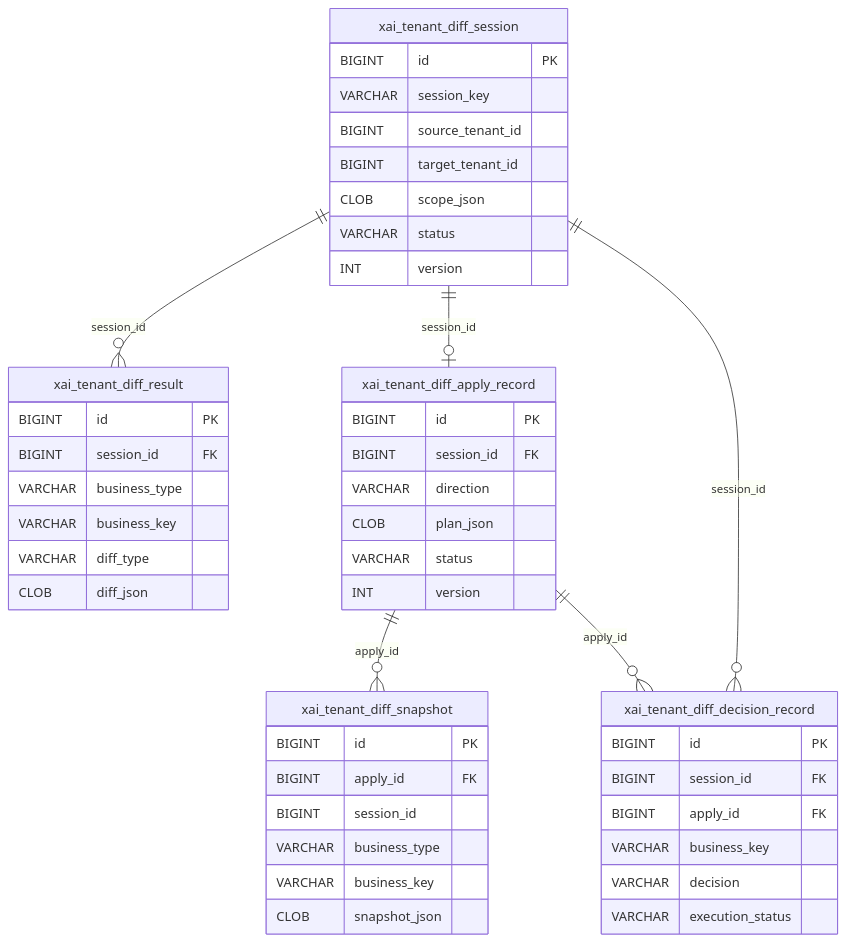
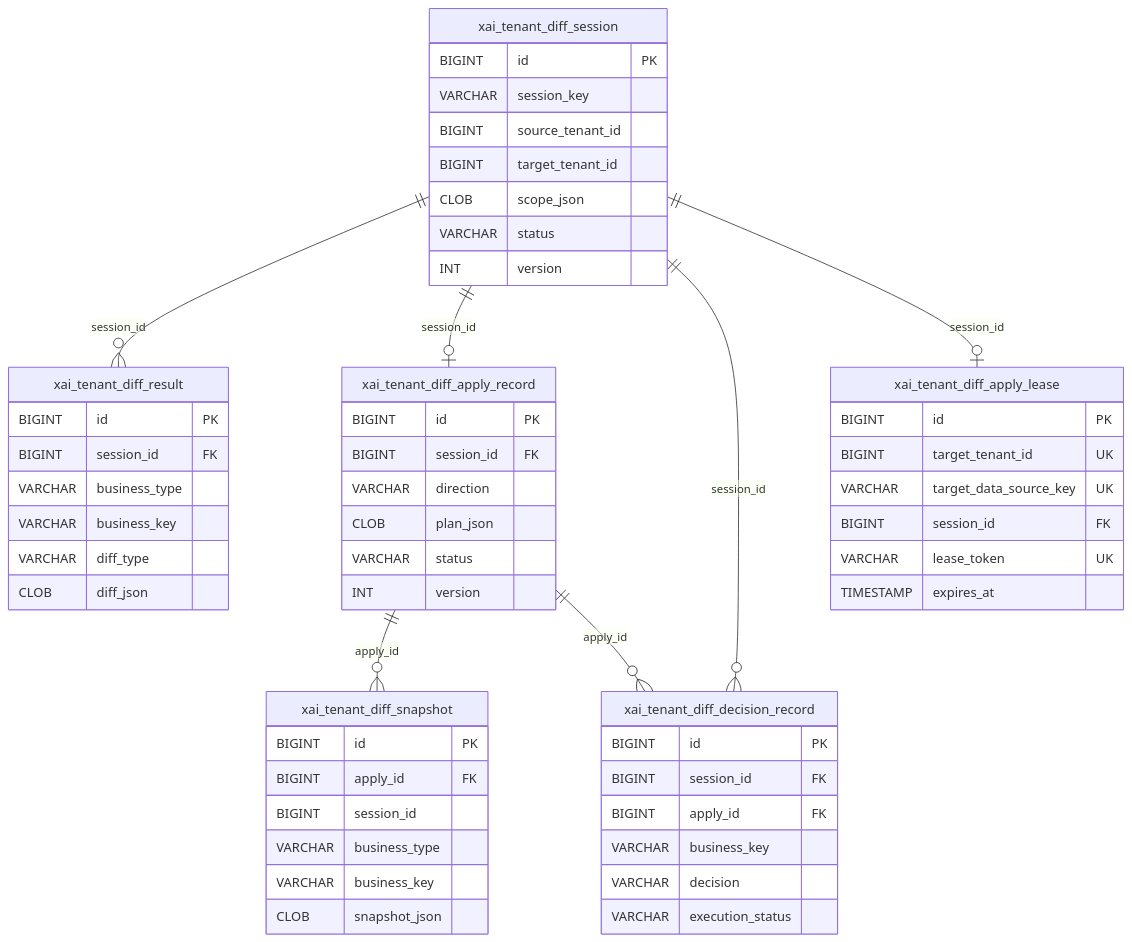
Before and after one commit to shiyongyin/diff: the eighth of 9 diagrams in docs/design-doc.md, drawn with Mermaid. The commit also changed other lines of this file and 5 other files, not shown here.

````diff
--- a/docs/design-doc.md
+++ b/docs/design-doc.md
@@ -1469,50 +1521,59 @@
 ```mermaid
 erDiagram
     xai_tenant_diff_session ||--o{ xai_tenant_diff_result : "session_id"
     xai_tenant_diff_session ||--o| xai_tenant_diff_apply_record : "session_id"
     xai_tenant_diff_session ||--o{ xai_tenant_diff_decision_record : "session_id"
     xai_tenant_diff_apply_record ||--o{ xai_tenant_diff_snapshot : "apply_id"
     xai_tenant_diff_apply_record ||--o{ xai_tenant_diff_decision_record : "apply_id"
+    xai_tenant_diff_session ||--o| xai_tenant_diff_apply_lease : "session_id"
 
     xai_tenant_diff_session {
         BIGINT id PK
         VARCHAR session_key
         BIGINT source_tenant_id
         BIGINT target_tenant_id
         CLOB scope_json
         VARCHAR status
         INT version
     }
     xai_tenant_diff_result {
         BIGINT id PK
         BIGINT session_id FK
         VARCHAR business_type
         VARCHAR business_key
         VARCHAR diff_type
         CLOB diff_json
     }
     xai_tenant_diff_apply_record {
         BIGINT id PK
         BIGINT session_id FK
         VARCHAR direction
         CLOB plan_json
         VARCHAR status
         INT version
     }
     xai_tenant_diff_snapshot {
         BIGINT id PK
         BIGINT apply_id FK
         BIGINT session_id
         VARCHAR business_type
         VARCHAR business_key
         CLOB snapshot_json
     }
     xai_tenant_diff_decision_record {
         BIGINT id PK
         BIGINT session_id FK
         BIGINT apply_id FK
         VARCHAR business_key
         VARCHAR decision
         VARCHAR execution_status
     }
+    xai_tenant_diff_apply_lease {
+        BIGINT id PK
+        BIGINT target_tenant_id UK
+        VARCHAR target_data_source_key UK
+        BIGINT session_id FK
+        VARCHAR lease_token UK
+        TIMESTAMP expires_at
+    }
 ```
````
